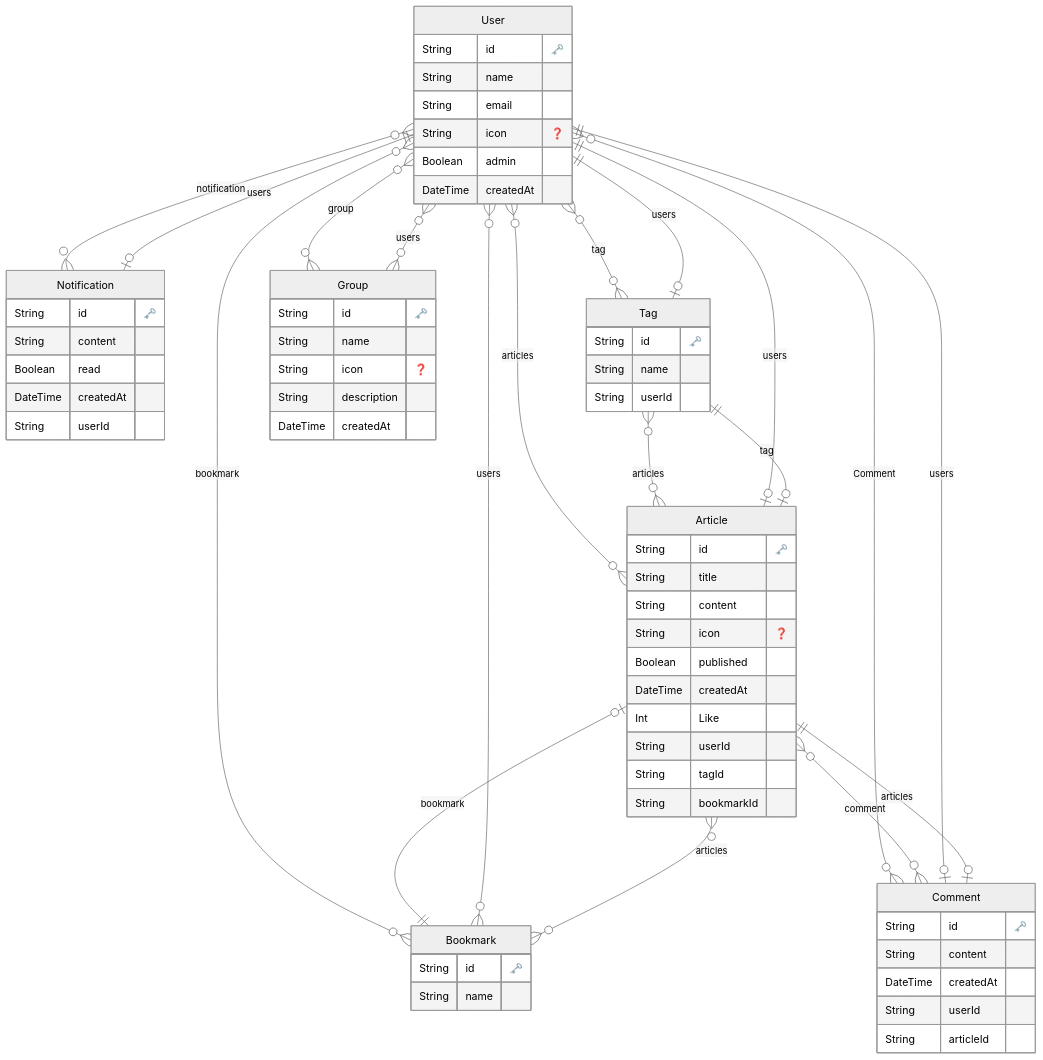
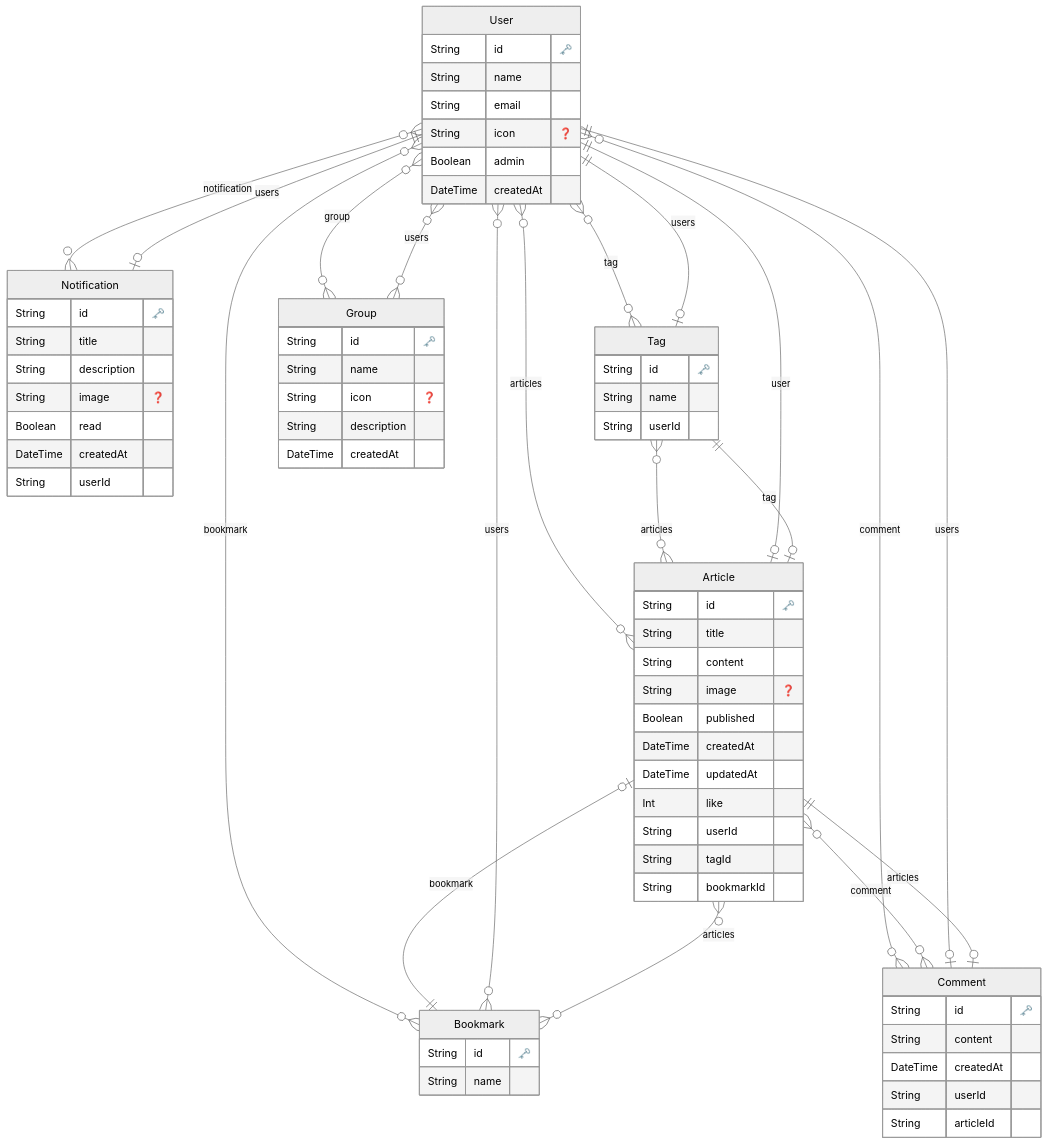
The diagram in prisma/ERD.md (Itsuki54/kizino_niwa), drawn with Mermaid (neutral theme) before and after one commit. The commit also changed 10 other files, not shown here.

```diff
--- a/prisma/ERD.md
+++ b/prisma/ERD.md
@@ -15,10 +15,11 @@
     String id "🗝️"
     String title 
     String content 
-    String icon "❓"
+    String image "❓"
     Boolean published 
     DateTime createdAt 
-    Int Like 
+    DateTime updatedAt 
+    Int like 
     String userId 
     String tagId 
     String bookmarkId 
@@ -27,7 +28,9 @@
 
   "Notification" {
     String id "🗝️"
-    String content 
+    String title 
+    String description 
+    String image "❓"
     Boolean read 
     DateTime createdAt 
     String userId 
@@ -69,8 +72,8 @@
     "User" o{--}o "Group" : "group"
     "User" o{--}o "Article" : "articles"
     "User" o{--}o "Notification" : "notification"
-    "User" o{--}o "Comment" : "Comment"
-    "Article" o|--|| "User" : "users"
+    "User" o{--}o "Comment" : "comment"
+    "Article" o|--|| "User" : "user"
     "Article" o|--|| "Tag" : "tag"
     "Article" o|--|| "Bookmark" : "bookmark"
     "Article" o{--}o "Comment" : "comment"
```
